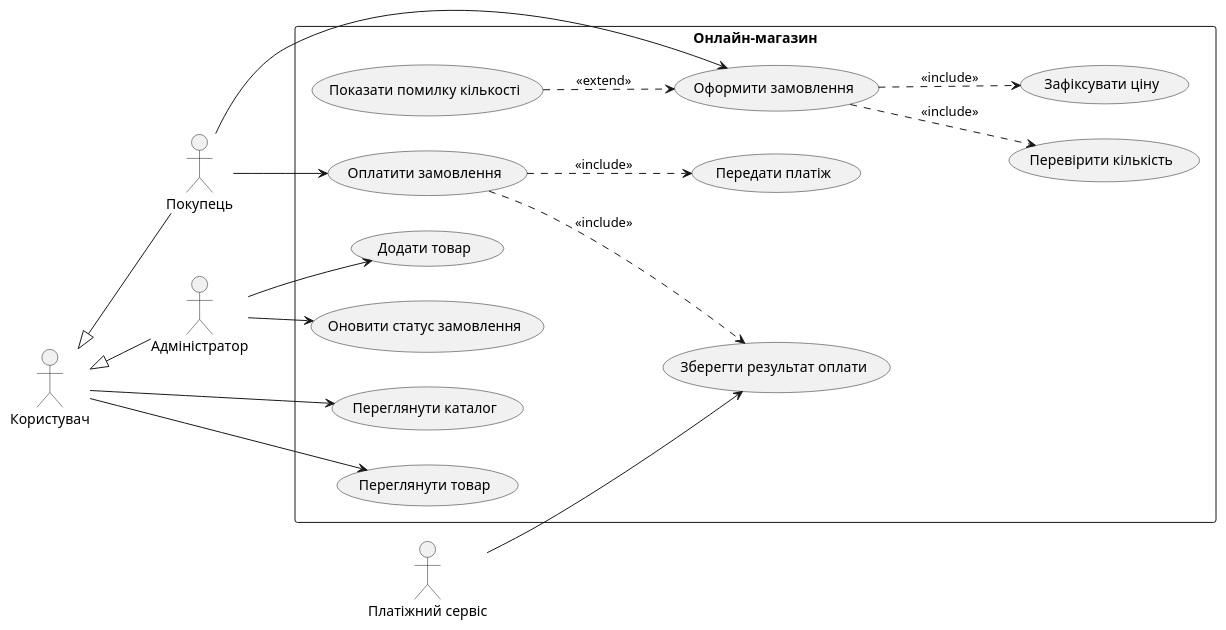
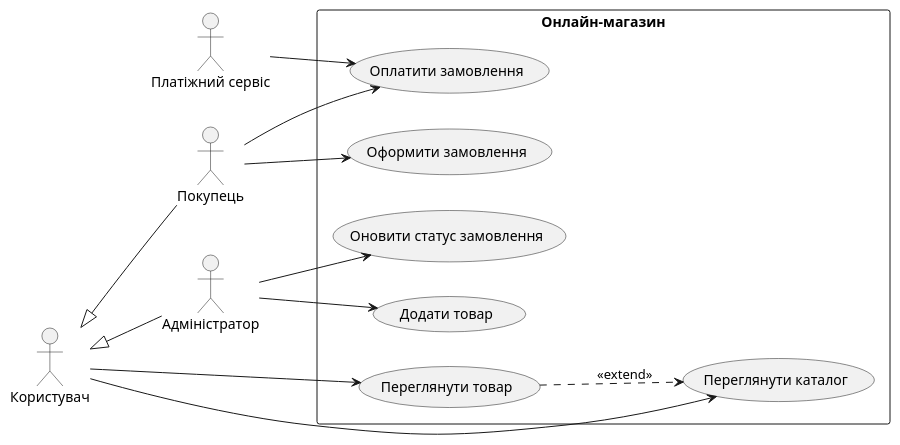
The diagram in lab-2/use-case.puml (fiodm/-ER-), drawn with PlantUML before and after one commit.

Commit message:
replace technical operations with actor goals in use case diagram

```diff
--- a/lab-2/use-case.puml
+++ b/lab-2/use-case.puml
@@ -2,41 +2,35 @@
 @startuml
 left to right direction
 skinparam packageStyle rectangle
 
 actor "Користувач" as User
 actor "Покупець" as Customer
 actor "Адміністратор" as Admin
 actor "Платіжний сервіс" as PaymentService
 
 User <|-- Customer
 User <|-- Admin
 
 rectangle "Онлайн-магазин" {
   usecase "Переглянути каталог" as UC01
   usecase "Переглянути товар" as UC02
   usecase "Оформити замовлення" as UC03
-  usecase "Перевірити кількість" as UC04
-  usecase "Зафіксувати ціну" as UC05
-  usecase "Оплатити замовлення" as UC06
-  usecase "Передати платіж" as UC07
-  usecase "Зберегти результат оплати" as UC08
-  usecase "Додати товар" as UC09
-  usecase "Оновити статус замовлення" as UC10
-  usecase "Показати помилку кількості" as UC11
+  usecase "Оплатити замовлення" as UC04
+  usecase "Додати товар" as UC05
+  usecase "Оновити статус замовлення" as UC06
 }
 
 User --> UC01
 User --> UC02
+
 Customer --> UC03
-Customer --> UC06
-Admin --> UC09
-Admin --> UC10
-PaymentService --> UC08
+Customer --> UC04
 
-UC03 ..> UC04 : <<include>>
-UC03 ..> UC05 : <<include>>
-UC06 ..> UC07 : <<include>>
-UC06 ..> UC08 : <<include>>
-UC11 ..> UC03 : <<extend>>
+Admin --> UC05
+Admin --> UC06
+
+PaymentService --> UC04
+
+UC02 ..> UC01 : <<extend>>
 
 @enduml
```
